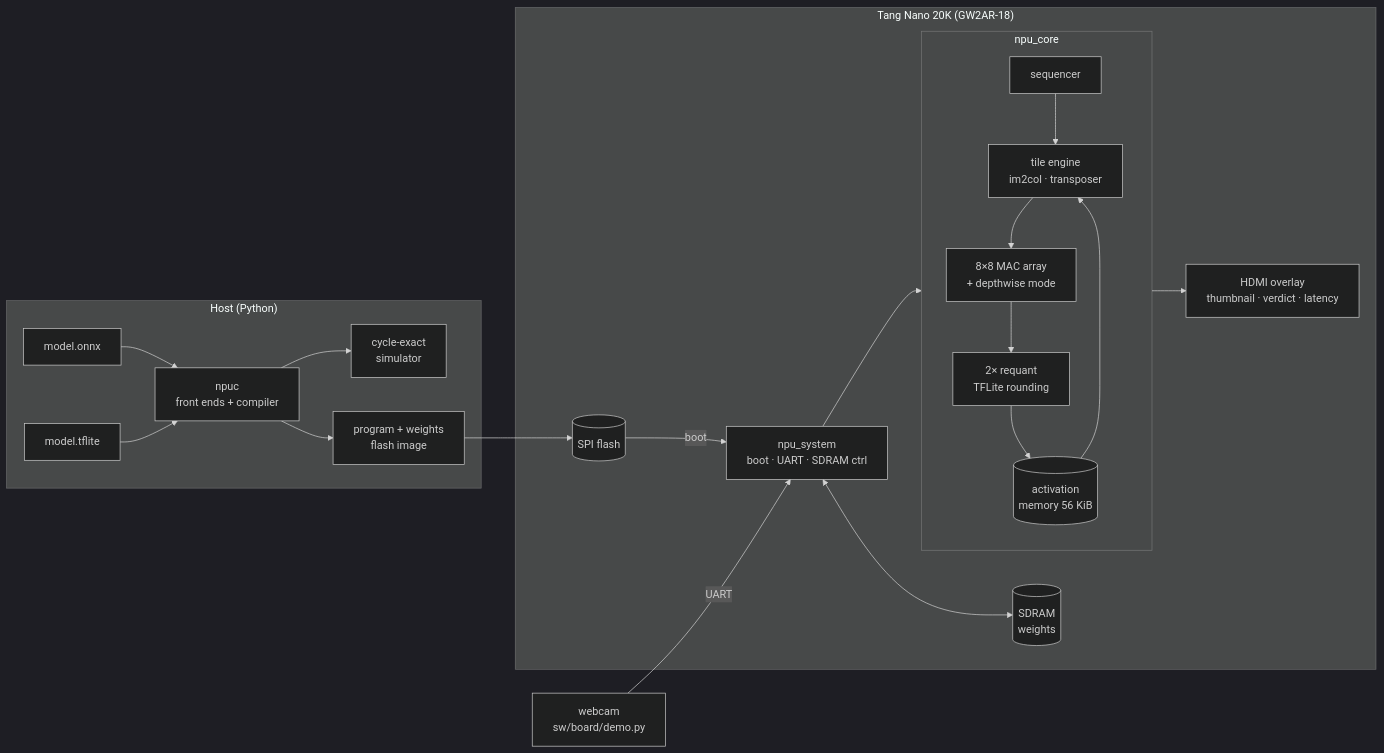
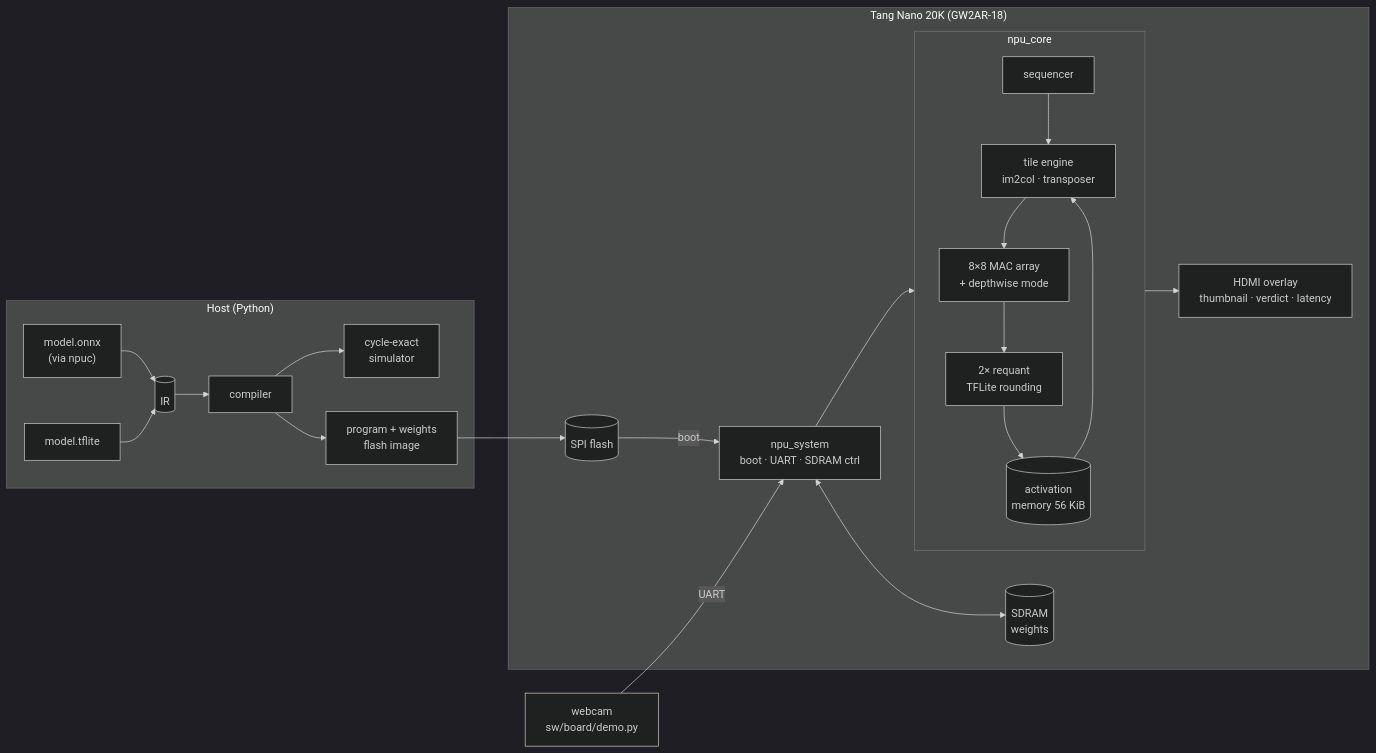
One commit to finn-freas/deployed-cnn-fpga changed the diagram in README.md. Above: the diagram before and after it, drawn with Mermaid (dark theme). The commit also changed other lines of this file and 23 other files, not shown here.

````diff
--- a/README.md
+++ b/README.md
@@ -25,24 +25,25 @@
 ```mermaid
 flowchart LR
     subgraph host["Host (Python)"]
-        onnx["model.onnx"] --> npuc["npuc<br/>front ends + compiler"]
-        tfl["model.tflite"] --> npuc
-        npuc --> sim["cycle-exact<br/>simulator"]
-        npuc --> img["program + weights<br/>flash image"]
+        onnx["model.onnx<br/>(via npuc)"] --> ir[("IR")]
+        tfl["model.tflite"] --> ir
+        ir --> comp["compiler"]
+        comp --> sim["cycle-exact<br/>simulator"]
+        comp --> img["program + weights<br/>flash image"]
     end
     subgraph fpga["Tang Nano 20K (GW2AR-18)"]
         flash[("SPI flash")] -->|boot| sys["npu_system<br/>boot · UART · SDRAM ctrl"]
         sys <--> sdram[("SDRAM<br/>weights")]
         sys --> core
         subgraph core["npu_core"]
             seq["sequencer"] --> te["tile engine<br/>im2col · transposer"]
             te --> arr["8×8 MAC array<br/>+ depthwise mode"]
             arr --> rq["2× requant<br/>TFLite rounding"]
             rq --> act[("activation<br/>memory 56 KiB")]
             act --> te
         end
         core --> hdmi["HDMI overlay<br/>thumbnail · verdict · latency"]
     end
     img --> flash
     cam["webcam<br/>sw/board/demo.py"] -->|UART| sys
 ```
````
